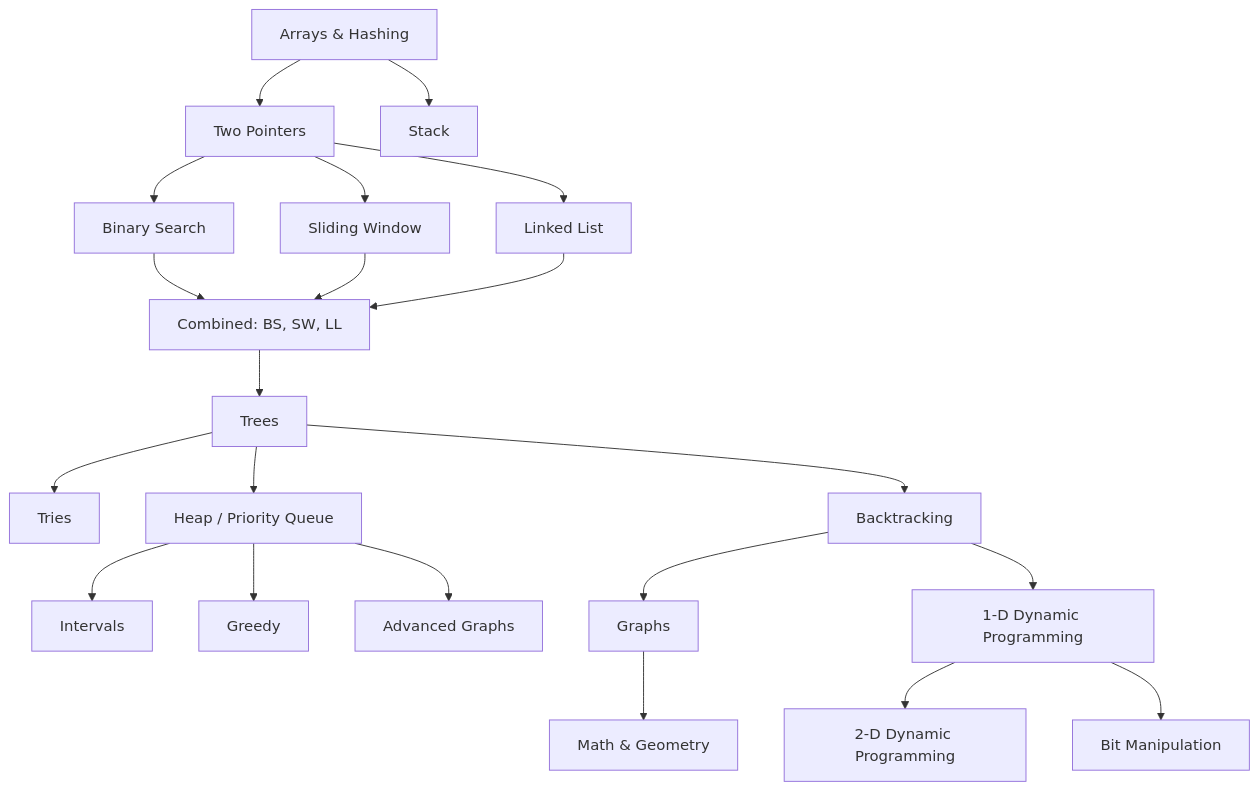
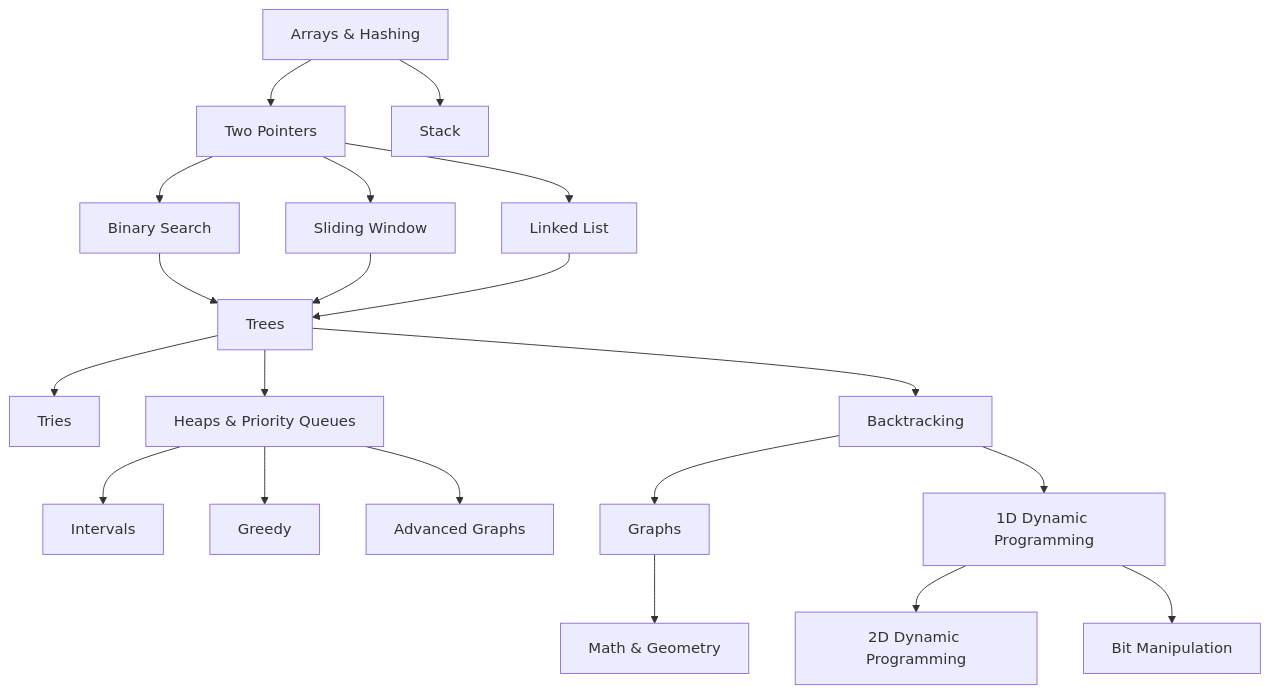
Before and after one commit to adityabehera2004/deets-leetcode: the diagram in README.md, drawn with Mermaid. The commit also changed other lines of this file, not shown here.

Commit message:
new readme

````diff
--- a/README.md
+++ b/README.md
@@ -5,23 +5,22 @@
 ```mermaid
 graph TD
   A[Arrays & Hashing] --> B[Two Pointers]
   A --> C[Stack]
   B --> D[Binary Search]
   B --> E[Sliding Window]
   B --> F[Linked List]
-  D --> G[Combined: BS, SW, LL]
-  E --> G
-  F --> G
-  G --> H[Trees]
+  D --> H[Trees]
+  E --> H[Trees]
+  F --> H[Trees]
   H --> I[Tries]
-  H --> J[Heap / Priority Queue]
+  H --> J[Heaps & Priority Queues]
   H --> K[Backtracking]
   J --> L[Intervals]
   J --> M[Greedy]
   J --> N[Advanced Graphs]
   K --> O[Graphs]
-  K --> P[1-D Dynamic Programming]
-  P --> Q[2-D Dynamic Programming]
+  K --> P[1D Dynamic Programming]
+  P --> Q[2D Dynamic Programming]
   P --> R[Bit Manipulation]
   O --> S[Math & Geometry]
 ```
````
